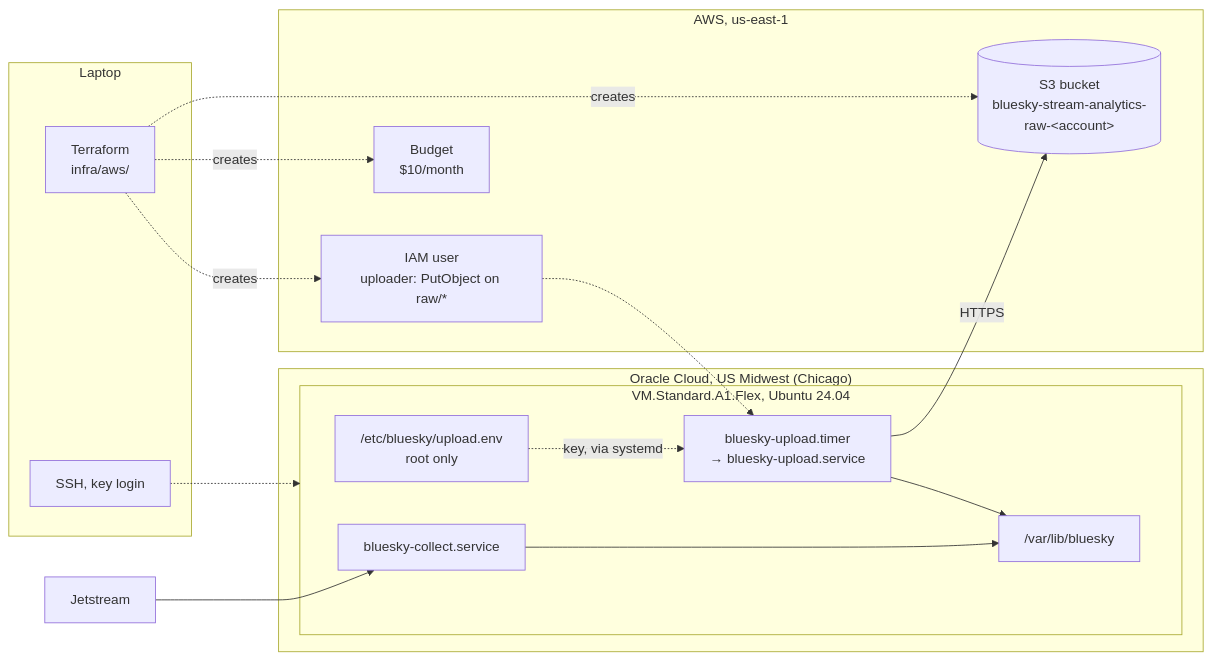
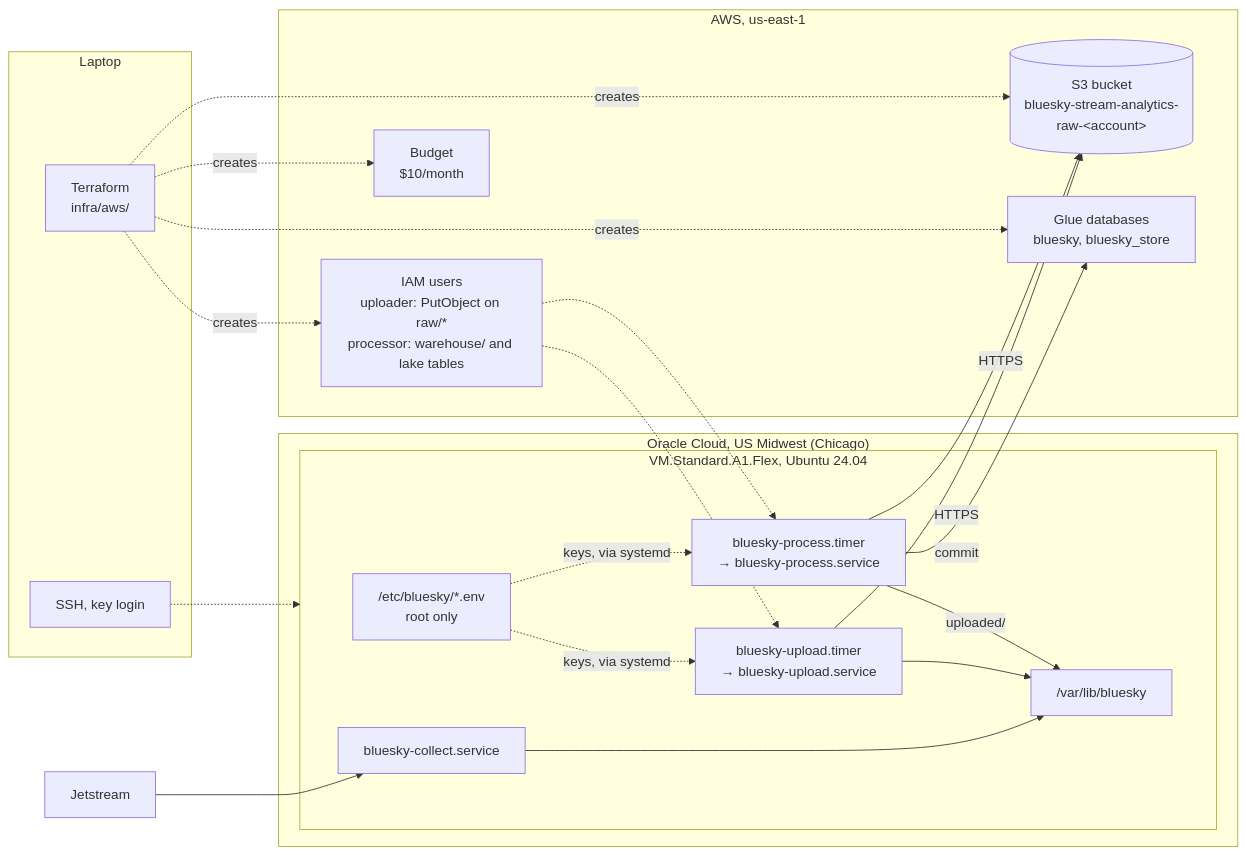
The diagram in docs/architectures/infrastructure.md (dhirajkk91/bluesky-stream-analytics), drawn with Mermaid before and after one commit. The commit also changed other lines of this file and 34 other files, not shown here.

````diff
--- a/docs/architectures/infrastructure.md
+++ b/docs/architectures/infrastructure.md
@@ -9,33 +9,41 @@
 ```mermaid
 flowchart LR
     subgraph Laptop["Laptop"]
         TF["Terraform<br/>infra/aws/"]
         SSH["SSH, key login"]
     end
 
     subgraph OCI["Oracle Cloud, US Midwest (Chicago)"]
         subgraph VM["VM.Standard.A1.Flex, Ubuntu 24.04"]
             C["bluesky-collect.service"]
             U["bluesky-upload.timer<br/>→ bluesky-upload.service"]
+            P["bluesky-process.timer<br/>→ bluesky-process.service"]
             D["/var/lib/bluesky"]
-            E["/etc/bluesky/upload.env<br/>root only"]
+            E["/etc/bluesky/*.env<br/>root only"]
         end
     end
 
     subgraph AWS["AWS, us-east-1"]
         S3[("S3 bucket<br/>bluesky-stream-analytics-raw-&lt;account&gt;")]
-        IAM["IAM user<br/>uploader: PutObject on raw/*"]
+        IAM["IAM users<br/>uploader: PutObject on raw/*<br/>processor: warehouse/ and lake tables"]
+        GL["Glue databases<br/>bluesky, bluesky_store"]
         B["Budget<br/>$10/month"]
     end
 
     J["Jetstream"] --> C
     C --> D
     U --> D
-    E -.->|"key, via systemd"| U
+    E -.->|"keys, via systemd"| U
+    E -.->|"keys, via systemd"| P
     U -->|"HTTPS"| S3
+    P -->|"uploaded/"| D
+    P -->|"HTTPS"| S3
+    P -->|"commit"| GL
     IAM -.-> U
+    IAM -.-> P
     TF -.->|creates| S3
     TF -.->|creates| IAM
     TF -.->|creates| B
+    TF -.->|creates| GL
     SSH -.-> VM
 ```
````
